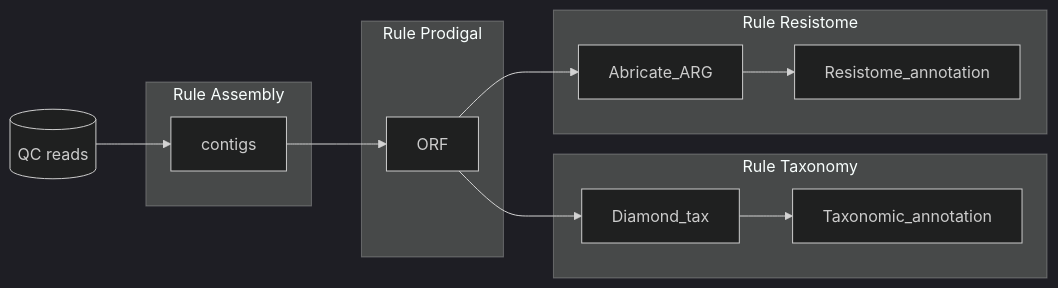
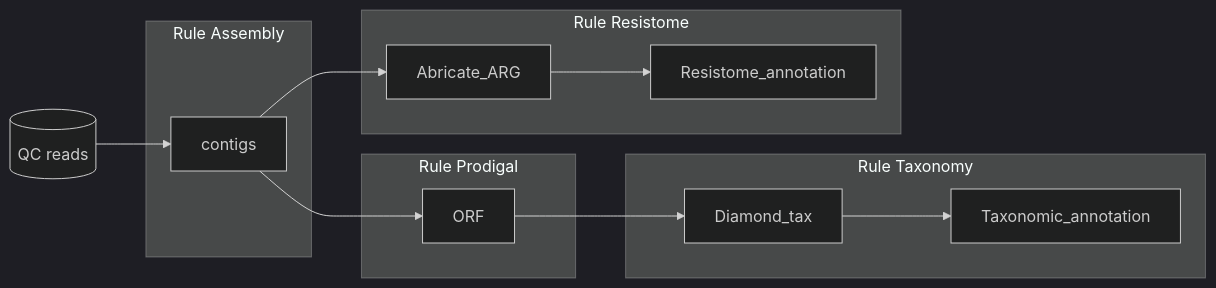
The diagram in README.md (aponsero/Resistome_AssemblyBased_Snakemake), drawn with Mermaid (dark theme) before and after one commit. The commit also changed 4 other files, not shown here.

````diff
--- a/README.md
+++ b/README.md
@@ -32,23 +32,23 @@
 ```mermaid
 graph LR
     reads[(QC reads)] --> contigs ;
     contigs --> ORF ;
     ORF --> Diamond_tax ;
-    ORF --> Abricate_ARG;
+    contigs --> Abricate_ARG;
     Diamond_tax --> Taxonomic_annotation ;
     Abricate_ARG --> Resistome_annotation ;
     subgraph Rule Assembly
         contigs ;
     end
     subgraph Rule Prodigal
         ORF ;
     end
     subgraph Rule Taxonomy
         Diamond_tax ;
         Taxonomic_annotation ;
     end
     subgraph Rule Resistome
         Abricate_ARG ;
         Resistome_annotation ;
     end
 ```
````
